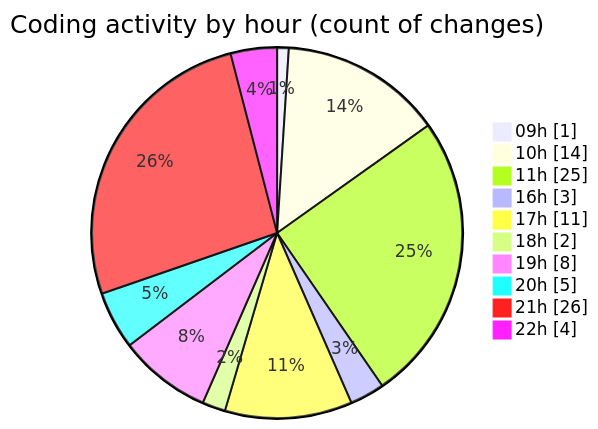
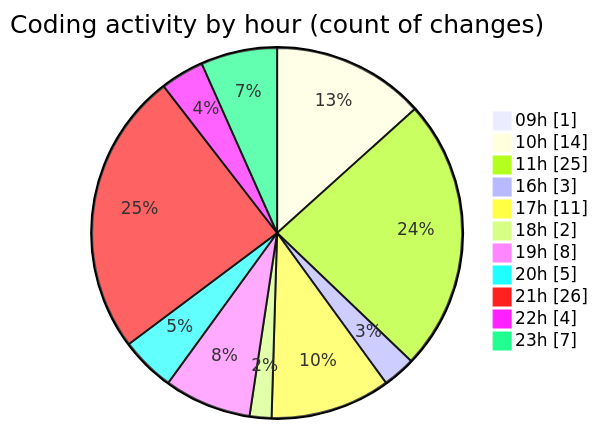
One commit to Elitesun/code-tracking changed the second of 2 diagrams in 2025-05-07/niten/README.md. Above: the diagram before and after it, drawn with Mermaid. The commit also changed other lines of this file and 1 other file, not shown here.

````diff
--- a/2025-05-07/niten/README.md
+++ b/2025-05-07/niten/README.md
@@ -62,14 +63,15 @@
 ```mermaid
 pie showData
 title Coding activity by hour (count of changes)
 "09h" : 1
 "10h" : 14
 "11h" : 25
 "16h" : 3
 "17h" : 11
 "18h" : 2
 "19h" : 8
 "20h" : 5
 "21h" : 26
 "22h" : 4
+"23h" : 7
 ```
````
